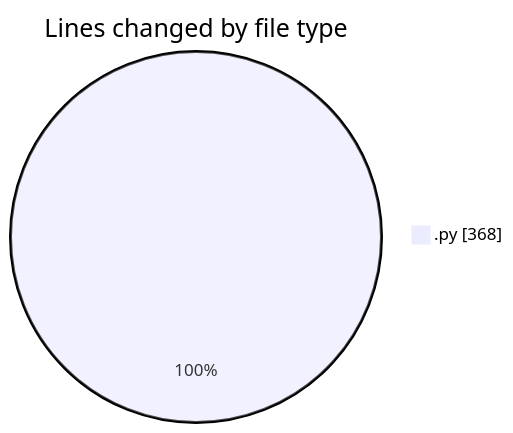
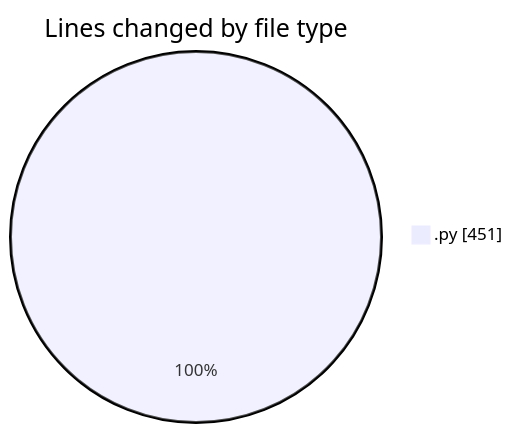
The first of 2 diagrams in 2025-03-25/samplepdf/README.md (momahboobian/code-tracking), drawn with Mermaid before and after one commit. The commit also changed other lines of this file and 1 other file, not shown here.

````diff
--- a/2025-03-25/samplepdf/README.md
+++ b/2025-03-25/samplepdf/README.md
@@ -22,5 +23,5 @@
 ```mermaid
 pie showData
 title Lines changed by file type
-".py" : 368
+".py" : 451
 ```
````
